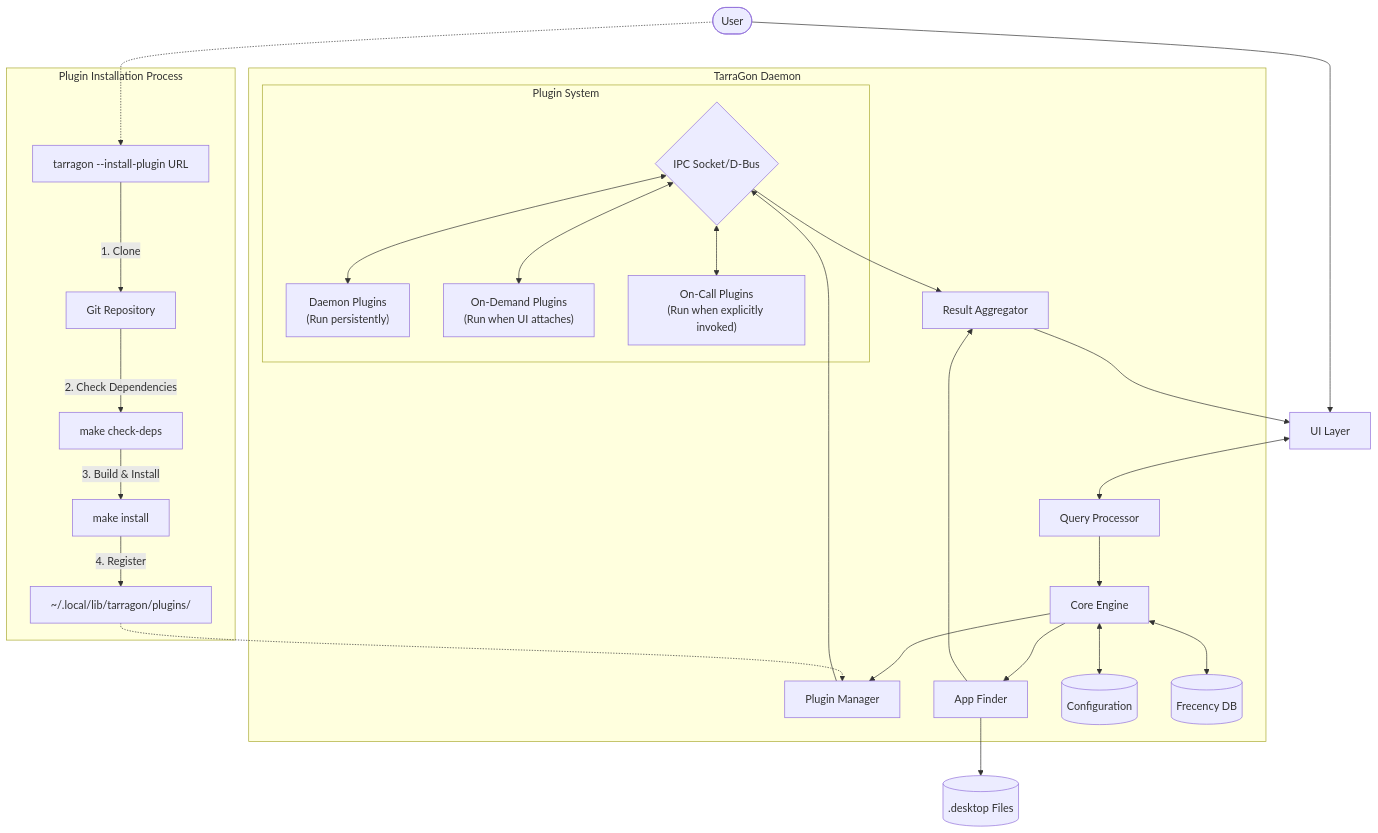
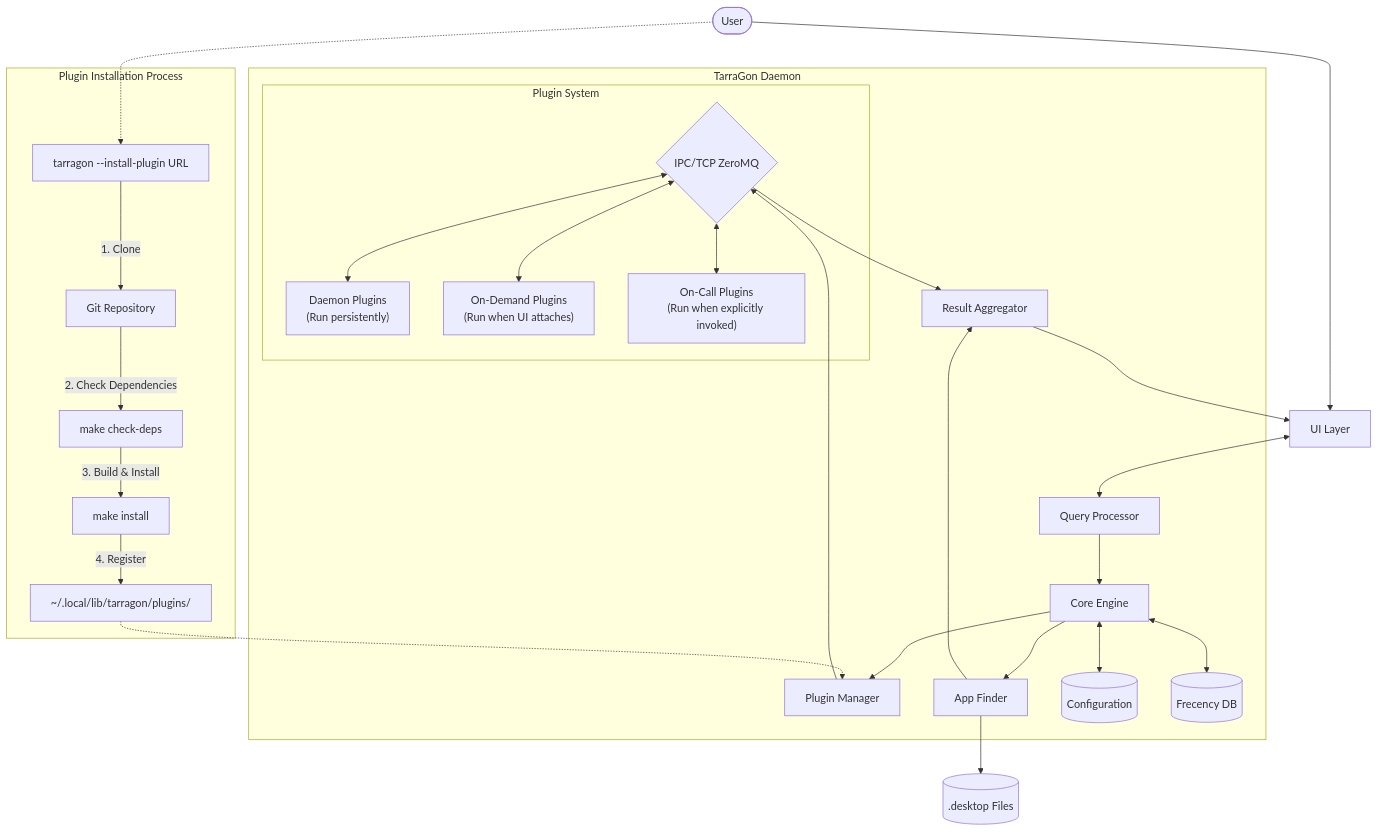
The diagram in README.md (iMithrellas/tarragon), drawn with Mermaid before and after one commit. The commit also changed other lines of this file and 6 other files, not shown here.

````diff
--- a/README.md
+++ b/README.md
@@ -123,49 +123,52 @@
 ```mermaid
 graph TD
  subgraph Plugins["Plugin System"]
-        DaemonPlugins["Daemon Plugins\n(Run persistently)"]
-        OnDemandPlugins["On-Demand Plugins\n(Run when UI attaches)"]
-        OnCallPlugins["On-Call Plugins\n(Run when explicitly invoked)"]
-        Socket{"IPC Socket/D-Bus"}
+        DaemonPlugins["Daemon Plugins
+(Run persistently)"]
+        OnDemandPlugins["On-Demand Plugins
+(Run when UI attaches)"]
+        OnCallPlugins["On-Call Plugins
+(Run when explicitly invoked)"]
+        Socket{"IPC/TCP ZeroMQ"}
   end
  subgraph Daemon["TarraGon Daemon"]
         Core["Core Engine"]
         QueryProcessor["Query Processor"]
         PluginManager["Plugin Manager"]
         AppFinder["App Finder"]
         ResultAggregator["Result Aggregator"]
         Config[("Configuration")]
         FrecencyDB[("Frecency DB")]
         Plugins
   end
  subgraph PluginInstall["Plugin Installation Process"]
         GitRepo["Git Repository"]
         InstallCommand["tarragon --install-plugin URL"]
         DepCheck["make check-deps"]
         MakeInstall["make install"]
         PluginDir["~/.local/lib/tarragon/plugins/"]
   end
     User(["User"]) --> UI["UI Layer"]
     User -.-> InstallCommand
     UI <--> QueryProcessor
     QueryProcessor --> Core
     Core --> PluginManager
     Core --> AppFinder
     Core <--> Config
     Core <--> FrecencyDB
     AppFinder --> ResultAggregator
     AppFinder  --> DesktopFiles[(".desktop Files")]
     PluginManager --> Socket
     Socket <--> DaemonPlugins
     Socket <--> OnDemandPlugins
     Socket <--> OnCallPlugins
     ResultAggregator --> UI
     Socket --> ResultAggregator
     InstallCommand -- "1. Clone" --> GitRepo
     GitRepo -- "2. Check Dependencies" --> DepCheck
     DepCheck -- "3. Build & Install" --> MakeInstall
     MakeInstall -- "4. Register" --> PluginDir
     PluginDir -.-> PluginManager
 
     classDef anchor shape:anchor
 ```
````
